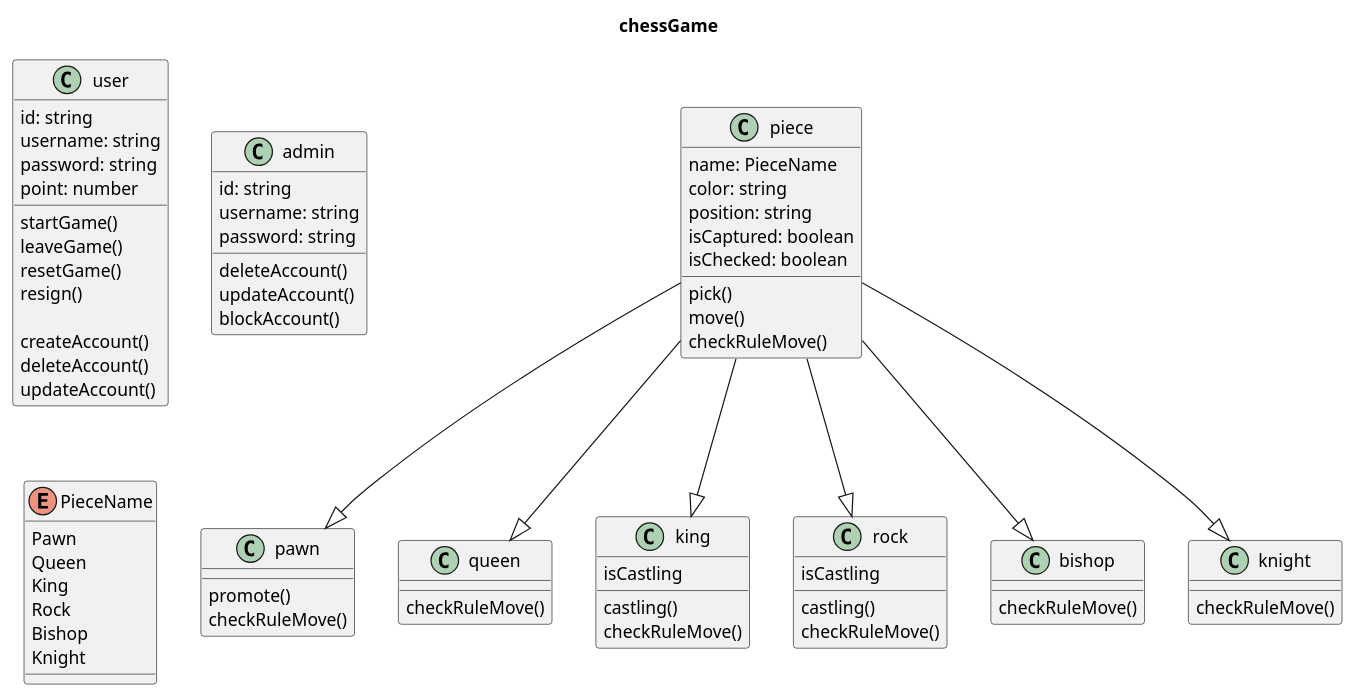
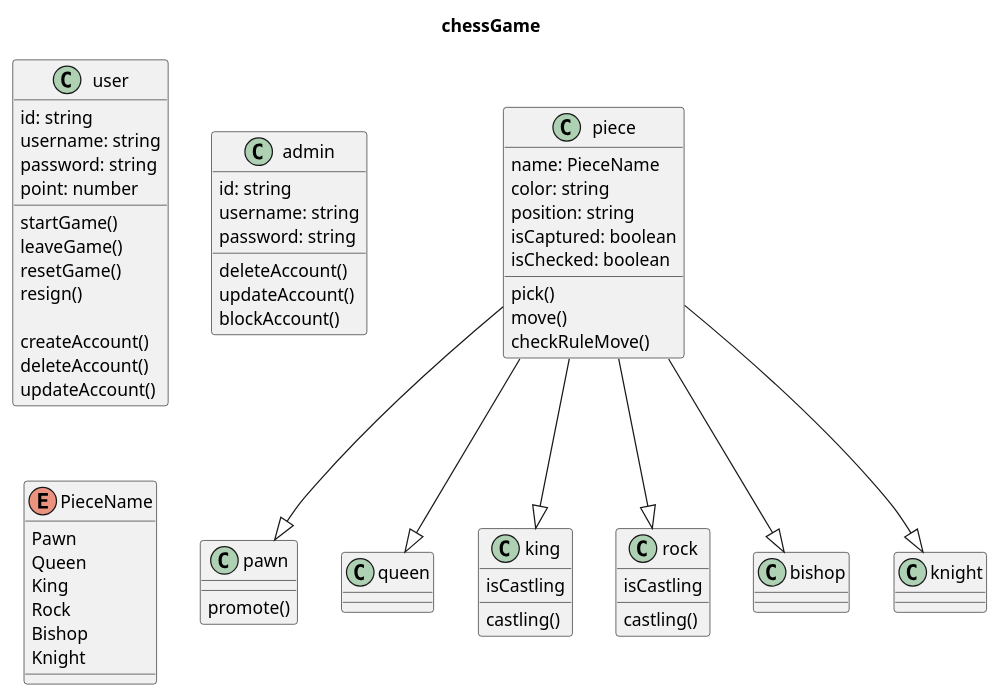
One commit to kieutridang/set2023 changed the diagram in MinhThanh/chessGame/docs/classDiagrams/index.plantuml. Above: the diagram before and after it, drawn with PlantUML.

```diff
--- a/MinhThanh/chessGame/docs/classDiagrams/index.plantuml
+++ b/MinhThanh/chessGame/docs/classDiagrams/index.plantuml
@@ -1,98 +1,92 @@
 @startuml
 title chessGame
 class User as "user"{
     id: string
     username: string
     password: string
     point: number
 
     startGame()
     leaveGame()
     resetGame()
     resign()
 
     createAccount()
     deleteAccount()
     updateAccount()
 
 }
 
 class Admin as "admin"{
     id: string
     username: string
     password: string
 
     deleteAccount()
     updateAccount()
     blockAccount()
 
 }
 
 
 enum PieceName{
     Pawn
     Queen
     King
     Rock
     Bishop
     Knight
 }
 
 
 
 class Piece as "piece"{
     name: PieceName
     color: string
     position: string
     isCaptured: boolean
     isChecked: boolean
 
 
     pick()
     move()
     checkRuleMove()
 
 }
 
 class Pawn as "pawn"{
     promote()
-    checkRuleMove()
 }
 
 class Queen as "queen"{
-    checkRuleMove()
 }
 
 class King as "king"{
     isCastling
 
     castling()
-    checkRuleMove()
 }
 
 class Rock as "rock"{
     isCastling
 
     castling()
-    checkRuleMove()
 }
 
 class Bishop as "bishop"{
-    checkRuleMove()
 }
 
 class Knight as "knight"{
-    checkRuleMove()
 }
 
 Piece --|> Pawn
 Piece --|> Queen
 Piece --|> King
 Piece --|> Rock
 Piece --|> Bishop
 Piece --|> Knight
 
 
 
 
 @enduml
```
